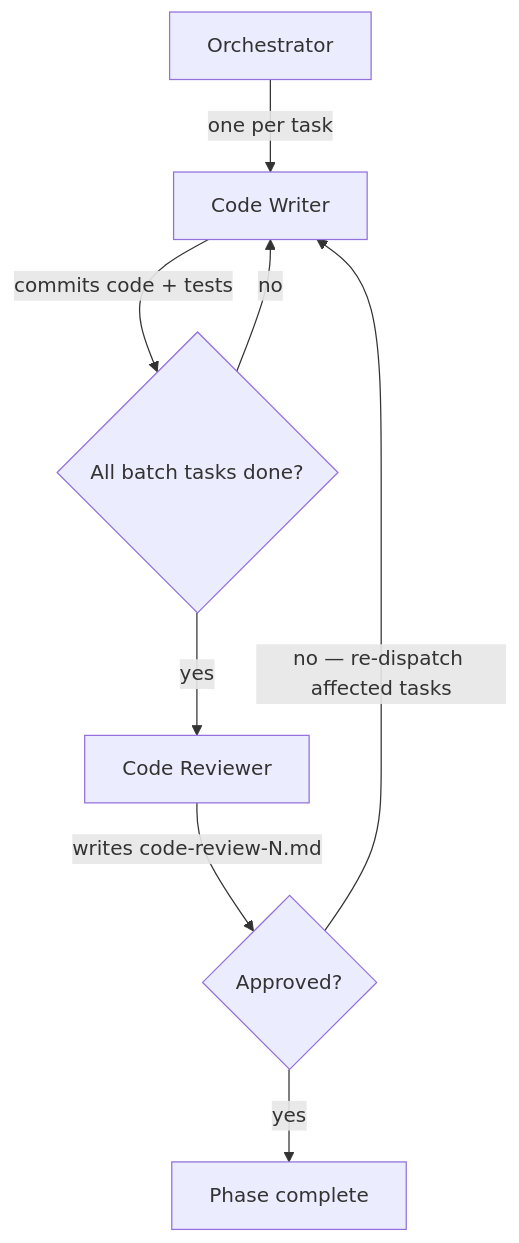
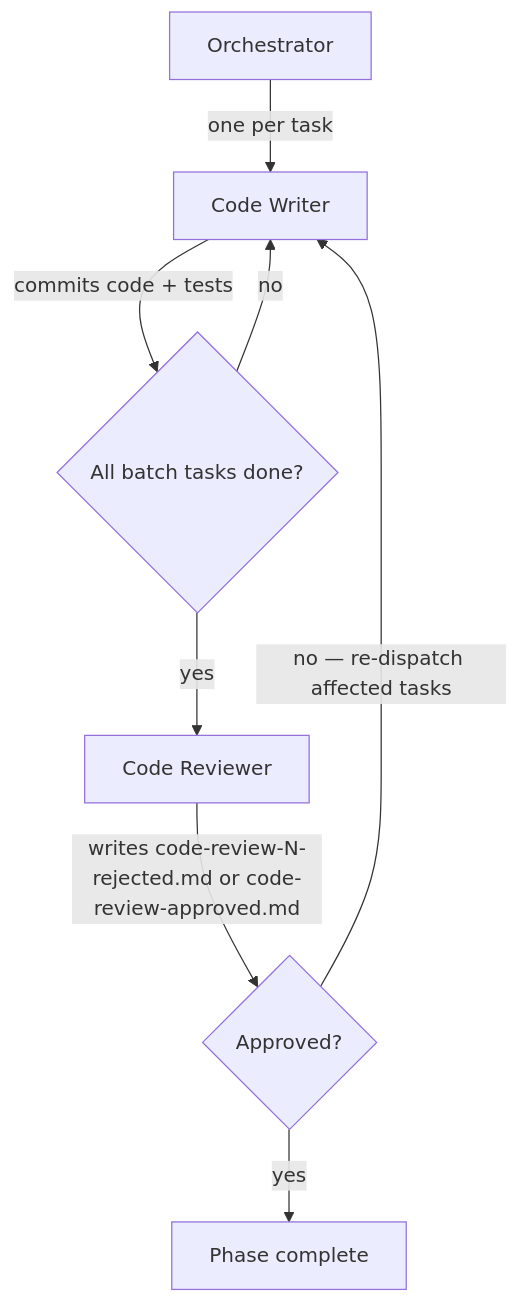
One commit to Automattic/radical-pipelines changed the diagram in .agents/skills/radical-pipelines/reference/autonomous-phases/4 - code.md. Above: the diagram before and after it, drawn with Mermaid. The commit also changed other lines of this file and 22 other files, not shown here.

````diff
--- a/.agents/skills/radical-pipelines/reference/autonomous-phases/4 - code.md
+++ b/.agents/skills/radical-pipelines/reference/autonomous-phases/4 - code.md
@@ -39,10 +40,10 @@
 ```mermaid
 flowchart TD
     A[Orchestrator] -->|one per task| B[Code Writer]
     B -->|commits code + tests| C{All batch tasks done?}
     C -->|no| B
     C -->|yes| D[Code Reviewer]
-    D -->|writes code-review-N.md| E{Approved?}
+    D -->|writes code-review-N-rejected.md or code-review-approved.md| E{Approved?}
     E -->|no — re-dispatch affected tasks| B
     E -->|yes| F[Phase complete]
 ```
````
